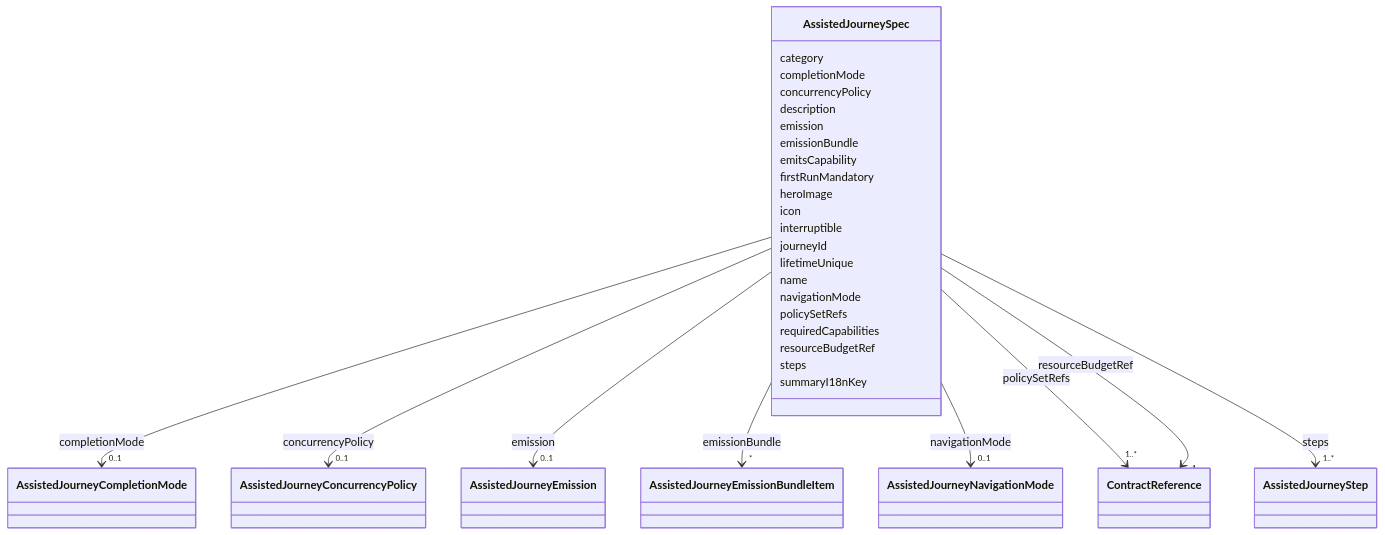
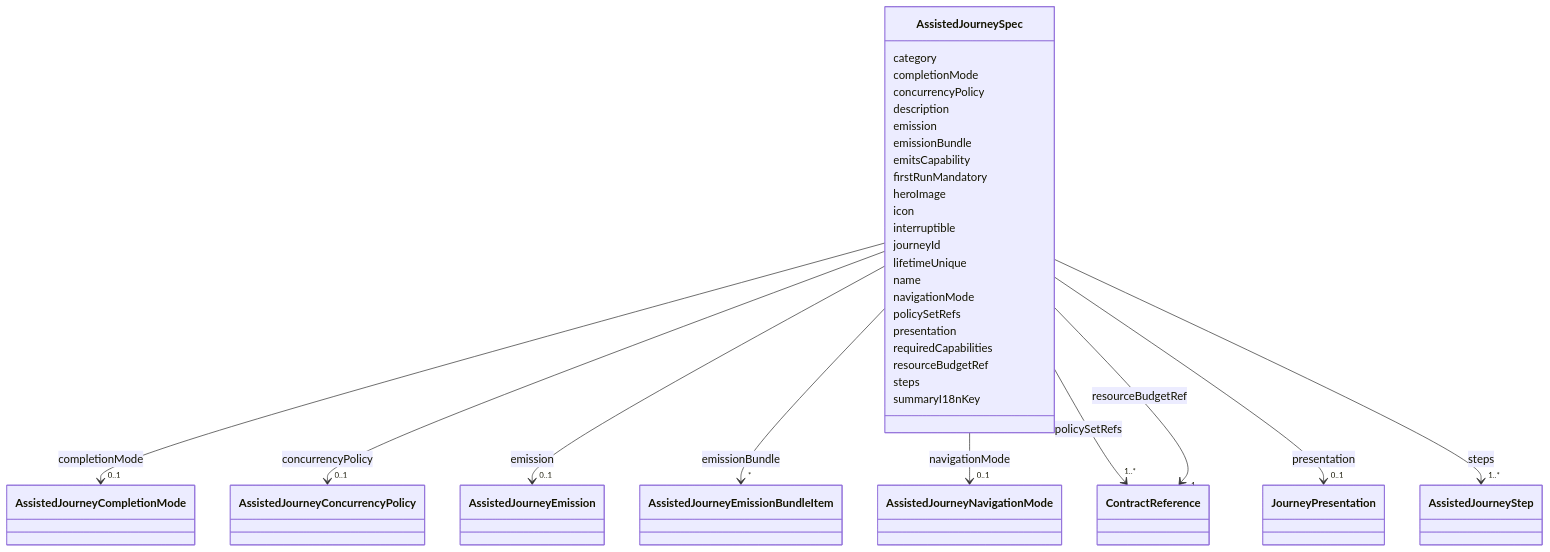
Before and after one commit to open4good/jumo-core: the diagram in metamodel/generated/docs/AssistedJourneySpec.md, drawn with Mermaid. The commit also changed other lines of this file and 31 other files, not shown here.

First line of the commit message:
feat(metamodel,journeys): declare journey/step presentation (AC1)

```diff
--- a/metamodel/generated/docs/AssistedJourneySpec.md
+++ b/metamodel/generated/docs/AssistedJourneySpec.md
@@ -105,6 +105,17 @@
 
 
 
+      AssistedJourneySpec : presentation
+
+
+
+
+
+        AssistedJourneySpec --> "0..1" JourneyPresentation : presentation
+        click JourneyPresentation href "../JourneyPresentation/"
+
+
+
       AssistedJourneySpec : requiredCapabilities
 
       AssistedJourneySpec : resourceBudgetRef
```
